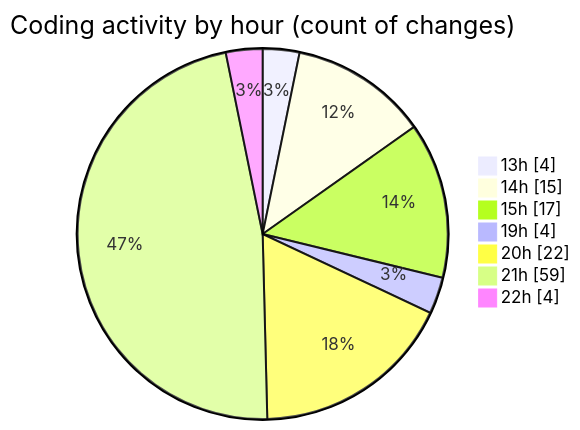
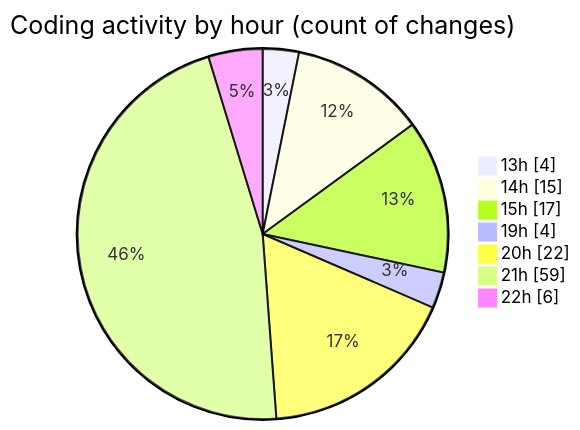
The second of 2 diagrams in 2025-01-21/projects/README.md (Ritupan-Deka/code-tracking), drawn with Mermaid before and after one commit. The commit also changed other lines of this file and 1 other file, not shown here.

````diff
--- a/2025-01-21/projects/README.md
+++ b/2025-01-21/projects/README.md
@@ -42,11 +42,11 @@
 ```mermaid
 pie showData
 title Coding activity by hour (count of changes)
 "13h" : 4
 "14h" : 15
 "15h" : 17
 "19h" : 4
 "20h" : 22
 "21h" : 59
-"22h" : 4
+"22h" : 6
 ```
````
